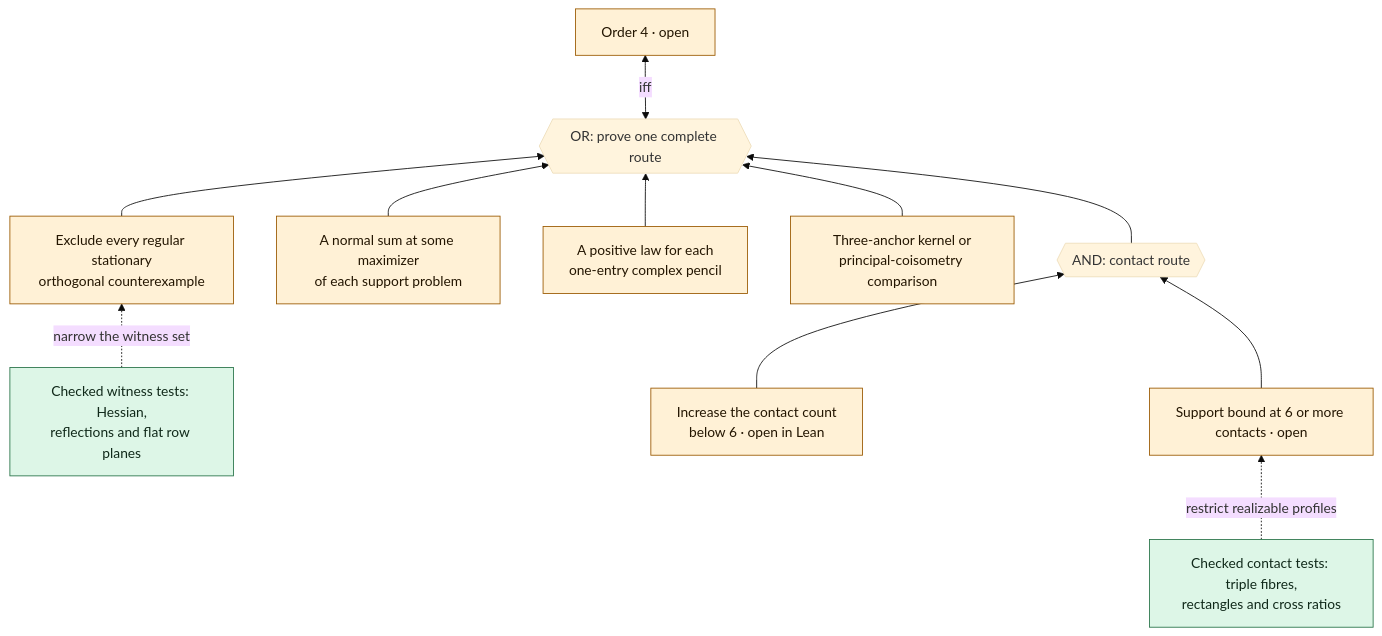
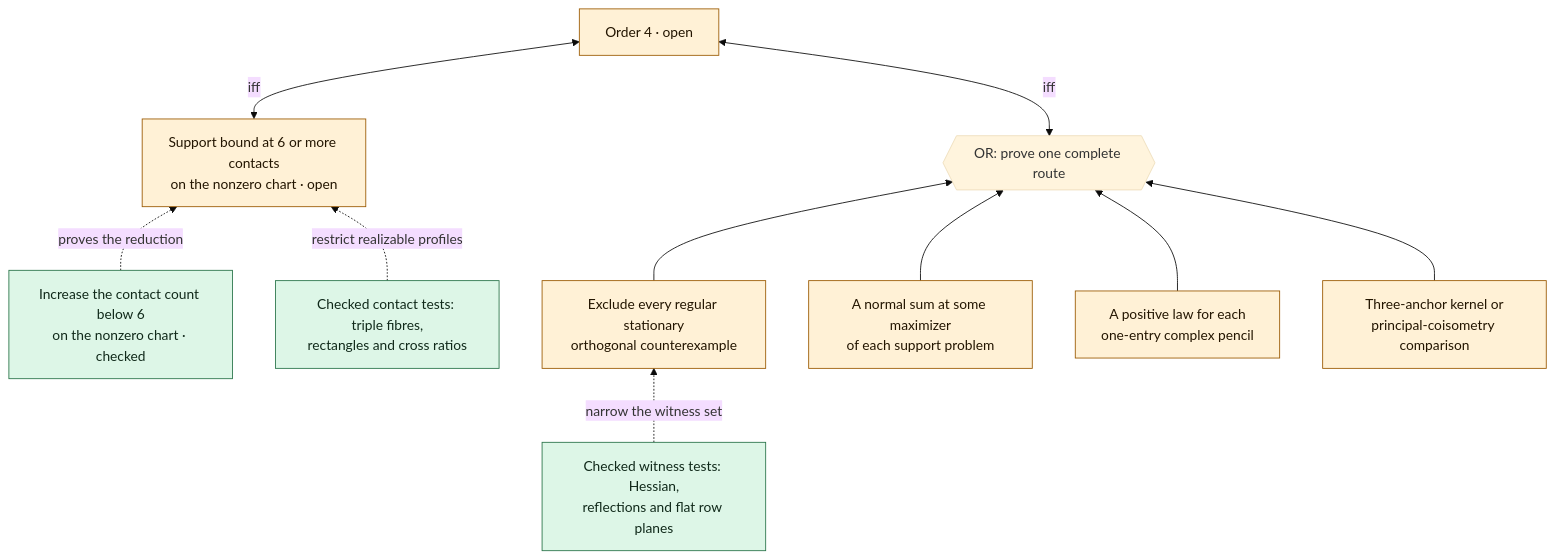
One commit to ascendnoosphere/MOC changed the second of 4 diagrams in Lean/ProofTree.md. Above: the diagram before and after it, drawn with Mermaid (base theme). The commit also changed other lines of this file and 11 other files, not shown here.

Commit message:
MOC: prove the all-order terminal contact reduction

````diff
--- a/Lean/ProofTree.md
+++ b/Lean/ProofTree.md
@@ -39,26 +41,24 @@
 ```mermaid
 flowchart BT
     FOUR["Order 4 · open"]:::open
     OR4{{"OR: prove one complete route"}}
     WITNESS["Exclude every regular stationary<br/>orthogonal counterexample"]:::open
     NORMAL["A normal sum at some maximizer<br/>of each support problem"]:::open
     PENCIL["A positive law for each<br/>one-entry complex pencil"]:::open
     CHART["Three-anchor kernel or<br/>principal-coisometry comparison"]:::open
-    AND4{{"AND: contact route"}}
-    TRANSFER["Increase the contact count<br/>below 6 · open in Lean"]:::open
-    SIX["Support bound at 6 or more contacts · open"]:::open
+    TRANSFER["Increase the contact count below 6<br/>on the nonzero chart · checked"]:::checked
+    SIX["Support bound at 6 or more contacts<br/>on the nonzero chart · open"]:::open
     TESTS["Checked witness tests: Hessian,<br/>reflections and flat row planes"]:::checked
     PHASE["Checked contact tests: triple fibres,<br/>rectangles and cross ratios"]:::checked
     WITNESS --> OR4
     NORMAL --> OR4
     PENCIL --> OR4
     CHART --> OR4
-    TRANSFER --> AND4
-    SIX --> AND4
-    AND4 --> OR4
+    TRANSFER -. proves the reduction .-> SIX
+    SIX <-->|iff| FOUR
     TESTS -. narrow the witness set .-> WITNESS
     PHASE -. restrict realizable profiles .-> SIX
     OR4 <-->|iff| FOUR
     classDef open fill:#fff1d6,stroke:#9a5900,color:#231500
     classDef checked fill:#ddf6e7,stroke:#287348,color:#10291a
 ```
````
